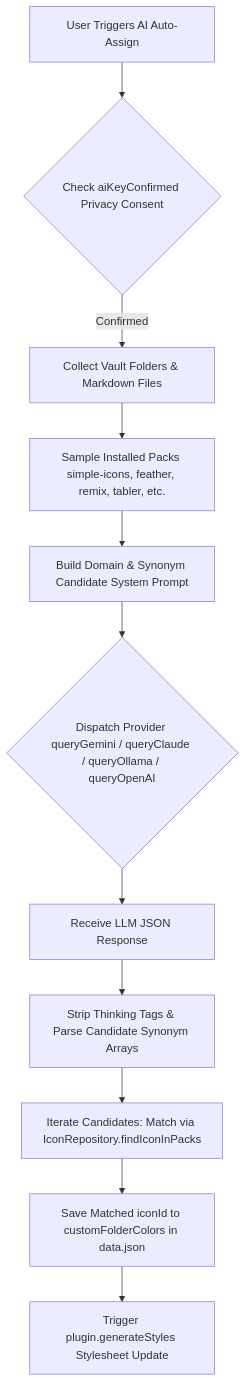
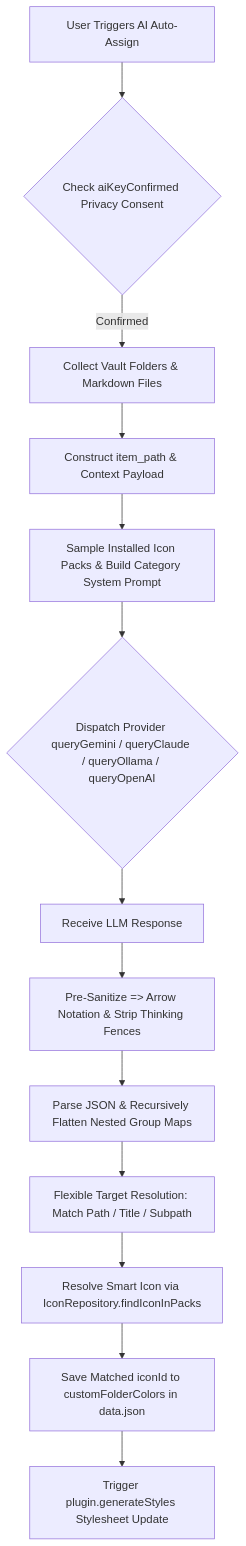
The fifth of 5 diagrams in docs/ARCHITECTURE.md (RohitNahar-Offical/colorful-folders-obsidian), drawn with Mermaid before and after one commit. The commit also changed other lines of this file and 4 other files, not shown here.

Commit message:
docs: add internal architecture and API documentation and update version log

````diff
--- a/docs/ARCHITECTURE.md
+++ b/docs/ARCHITECTURE.md
@@ -178,13 +179,15 @@
 ```mermaid
 graph TD
     A[User Triggers AI Auto-Assign] --> B{Check aiKeyConfirmed Privacy Consent}
     B -- Confirmed --> C[Collect Vault Folders & Markdown Files]
-    C --> D[Sample Installed Packs simple-icons, feather, remix, tabler, etc.]
-    D --> E[Build Domain & Synonym Candidate System Prompt]
+    C --> D[Construct item_path & Context Payload]
+    D --> E[Sample Installed Icon Packs & Build Category System Prompt]
     E --> F{Dispatch Provider queryGemini / queryClaude / queryOllama / queryOpenAI}
-    F --> G[Receive LLM JSON Response]
-    G --> H[Strip Thinking Tags & Parse Candidate Synonym Arrays]
-    H --> I[Iterate Candidates: Match via IconRepository.findIconInPacks]
-    I --> J[Save Matched iconId to customFolderColors in data.json]
-    J --> K[Trigger plugin.generateStyles Stylesheet Update]
+    F --> G[Receive LLM Response]
+    G --> H[Pre-Sanitize => Arrow Notation & Strip Thinking Fences]
+    H --> I[Parse JSON & Recursively Flatten Nested Group Maps]
+    I --> J[Flexible Target Resolution: Match Path / Title / Subpath]
+    J --> K[Resolve Smart Icon via IconRepository.findIconInPacks]
+    K --> L[Save Matched iconId to customFolderColors in data.json]
+    L --> M[Trigger plugin.generateStyles Stylesheet Update]
 ```
````
